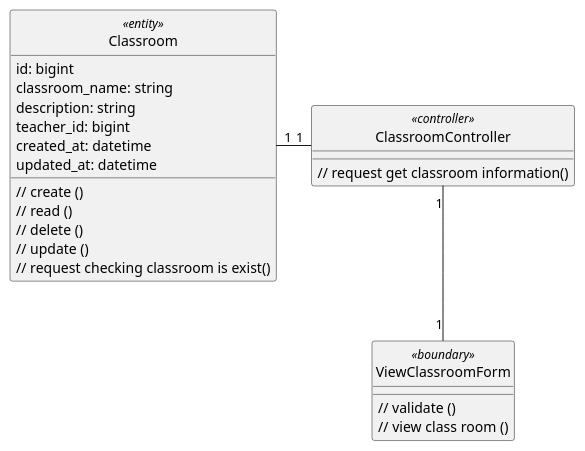
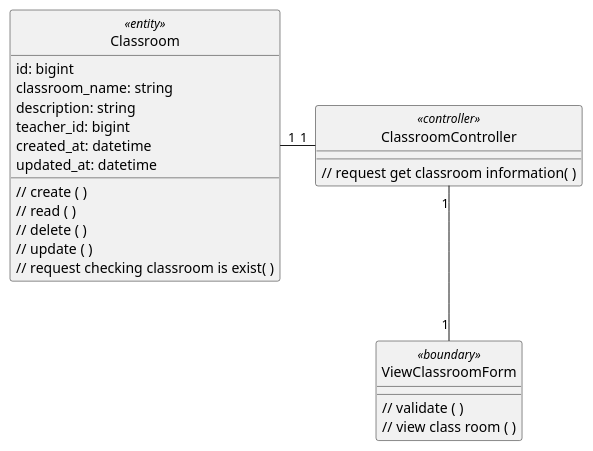
Before and after one commit to anonyhostvn/OOAD-Diagram: the diagram in class - analysis/class/viewClass.plantuml, drawn with PlantUML. The commit also changed 16 other files, not shown here.

```diff
--- a/class - analysis/class/viewClass.plantuml
+++ b/class - analysis/class/viewClass.plantuml
@@ -1,36 +1,36 @@
 @startuml updateClass
 
 class Classroom <<entity>> {
     id: bigint
     classroom_name: string
     description: string
     teacher_id: bigint
     created_at: datetime
     updated_at: datetime
 
-    // create ()
-    // read ()
-    // delete ()
-    // update ()
-    // request checking classroom is exist()
+    // create ( )
+    // read ( )
+    // delete ( )
+    // update ( )
+    // request checking classroom is exist( )
 }
 
 class ViewClassroomForm <<boundary>> {
-    // validate ()
-    // view class room ()
+    // validate ( )
+    // view class room ( )
 }
 
 class ClassroomController <<controller>> {
-    // request get classroom information()
+    // request get classroom information( )
 }
 
 hide Classroom <<entity>> circle
 hide ViewClassroomForm <<boundary>> circle
 hide ClassroomController <<controller>> circle
 
 ClassroomController "1" -left- "1" Classroom
 ClassroomController "1" -down- "1" ViewClassroomForm
 
 
 
 @enduml
```
